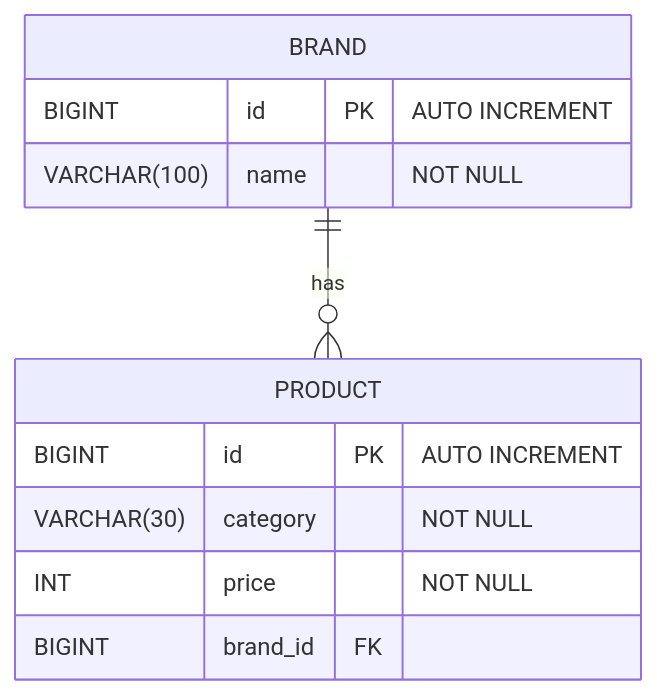
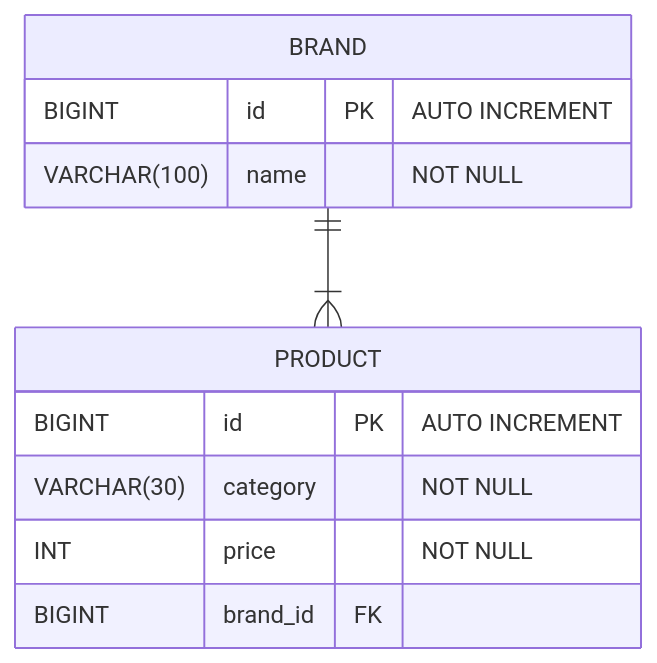
Before and after one commit to choi-yh/musinsa-backend-assignment: the diagram in README.md, drawn with Mermaid. The commit also changed other lines of this file and 3 other files, not shown here.

````diff
--- a/README.md
+++ b/README.md
@@ -32,16 +71,16 @@
 ```mermaid
 erDiagram
     BRAND {
         BIGINT id PK "AUTO INCREMENT"
         VARCHAR(100) name "NOT NULL"
     }
 
     PRODUCT {
         BIGINT id PK "AUTO INCREMENT"
         VARCHAR(30) category "NOT NULL"
         INT price "NOT NULL"
         BIGINT brand_id FK
     }
 
-    BRAND ||--o{ PRODUCT: "has"
+    BRAND ||--|{ PRODUCT: ""
 ```
````
